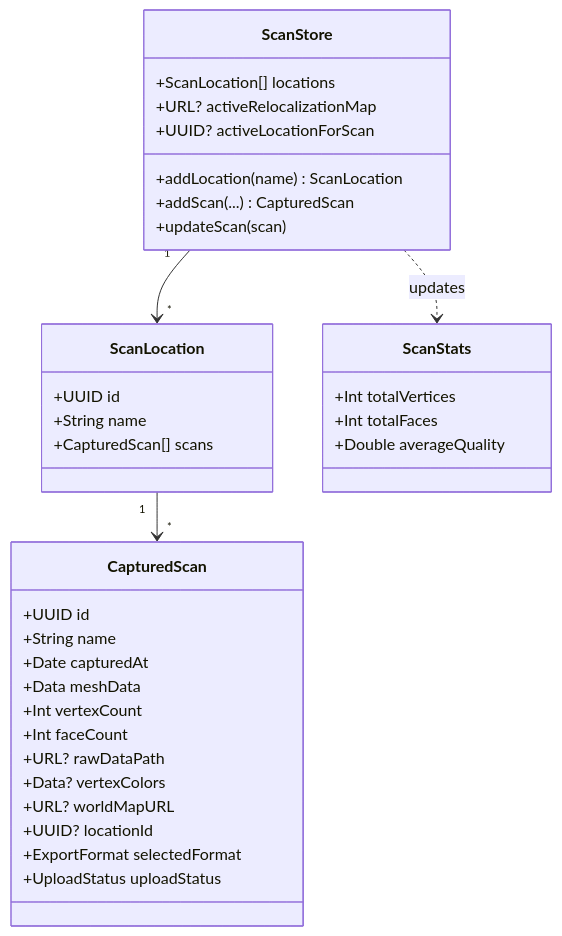
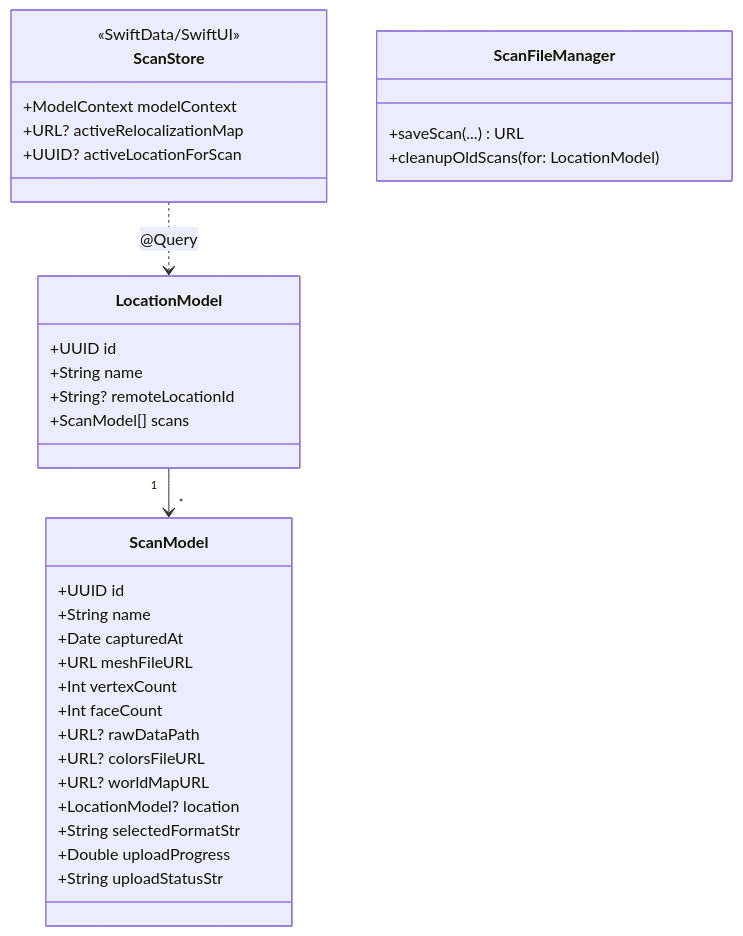
The fourth of 4 diagrams in REQUIREMENTS.md (WiseLabCMU/wisescan-ios), drawn with Mermaid before and after one commit. The commit also changed other lines of this file and 6 other files, not shown here.

Commit message:
feat(persist): keep last 2 lcoal scans, use sqlite for meta data

````diff
--- a/REQUIREMENTS.md
+++ b/REQUIREMENTS.md
@@ -238,42 +251,40 @@
 ```mermaid
 classDiagram
-    class ScanLocation {
+    class LocationModel {
         +UUID id
         +String name
-        +CapturedScan[] scans
+        +String? remoteLocationId
+        +ScanModel[] scans
     }
 
-    class CapturedScan {
+    class ScanModel {
         +UUID id
         +String name
         +Date capturedAt
-        +Data meshData
+        +URL meshFileURL
         +Int vertexCount
         +Int faceCount
         +URL? rawDataPath
-        +Data? vertexColors
+        +URL? colorsFileURL
         +URL? worldMapURL
-        +UUID? locationId
-        +ExportFormat selectedFormat
-        +UploadStatus uploadStatus
+        +LocationModel? location
+        +String selectedFormatStr
+        +Double uploadProgress
+        +String uploadStatusStr
     }
 
     class ScanStore {
-        +ScanLocation[] locations
+        <<SwiftData/SwiftUI>>
+        +ModelContext modelContext
         +URL? activeRelocalizationMap
         +UUID? activeLocationForScan
-        +addLocation(name) ScanLocation
-        +addScan(...) CapturedScan
-        +updateScan(scan)
     }
 
-    class ScanStats {
-        +Int totalVertices
-        +Int totalFaces
-        +Double averageQuality
+    class ScanFileManager {
+        +saveScan(...) URL
+        +cleanupOldScans(for: LocationModel)
     }
 
-    ScanStore "1" --> "*" ScanLocation
-    ScanLocation "1" --> "*" CapturedScan
-    ScanStore ..> ScanStats : updates
+    LocationModel "1" --> "*" ScanModel
+    ScanStore ..> LocationModel : @Query
 ```
````
